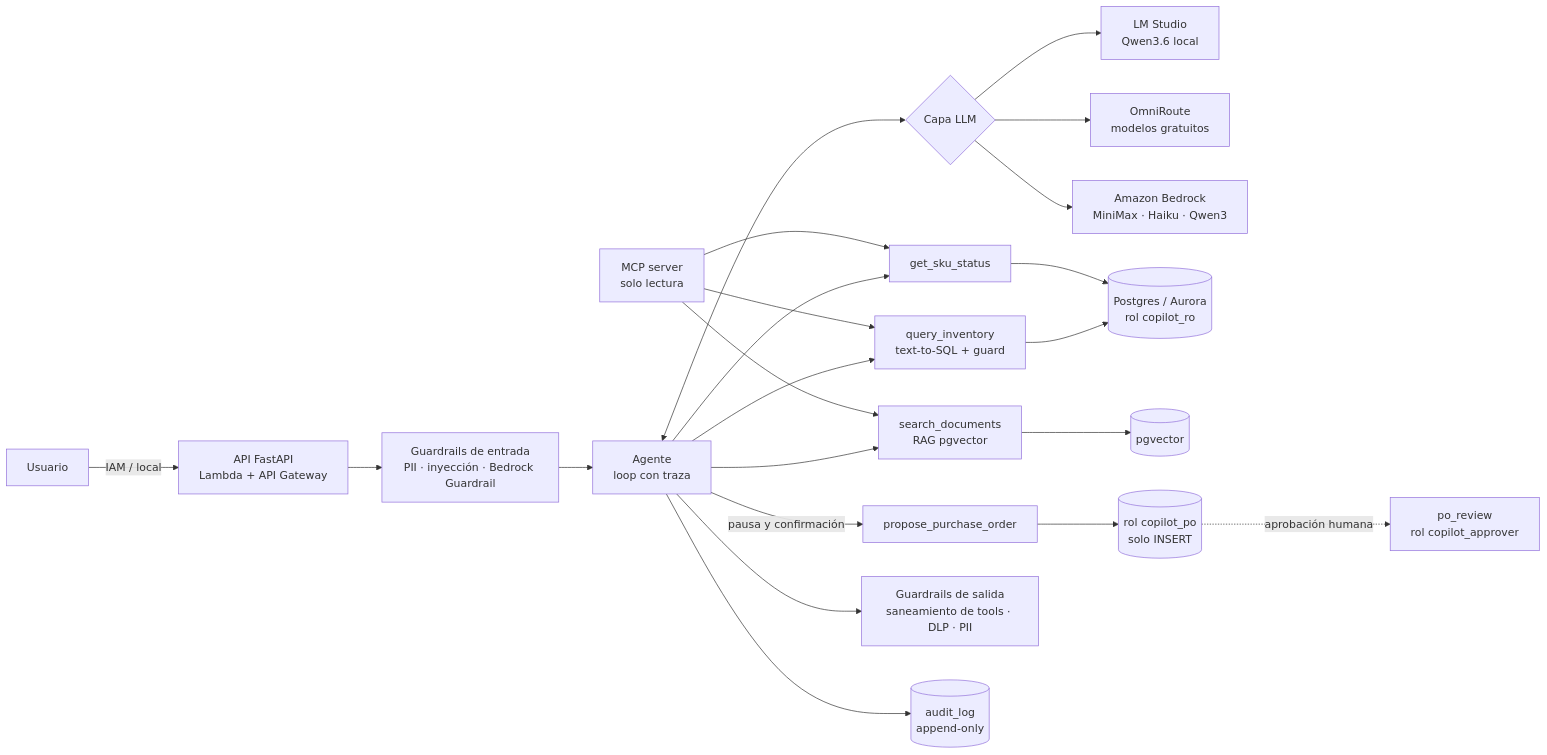
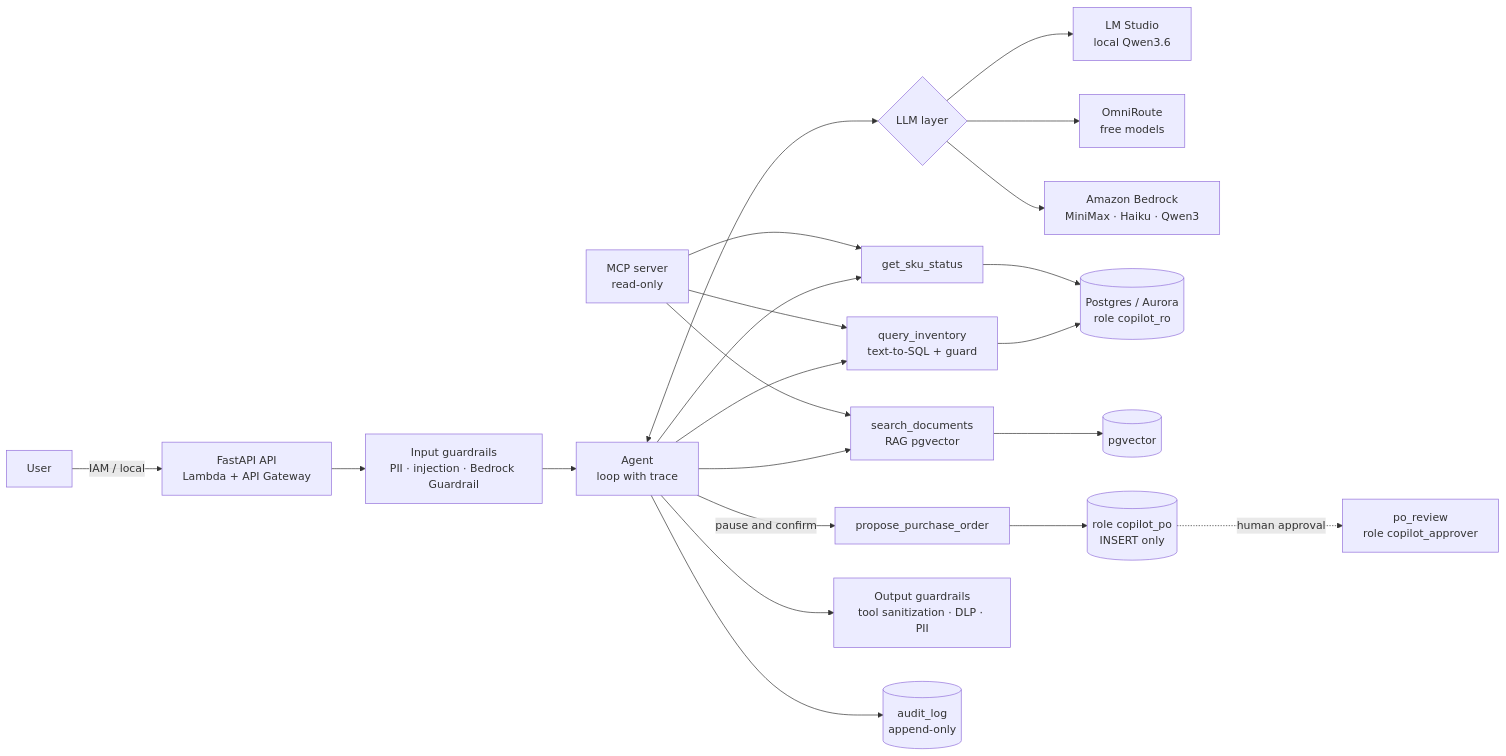
One commit to mcorona/AI-projects-inventory-copilot changed the diagram in README.md. Above: the diagram before and after it, drawn with Mermaid. The commit also changed other lines of this file and 1 other file, not shown here.

````diff
--- a/README.md
+++ b/README.md
@@ -37,21 +40,21 @@
 ```mermaid
 flowchart LR
-    U[Usuario] -->|IAM / local| API[API FastAPI<br/>Lambda + API Gateway]
-    API --> G1[Guardrails de entrada<br/>PII · inyección · Bedrock Guardrail]
-    G1 --> AG[Agente<br/>loop con traza]
-    AG <--> LLM{Capa LLM}
-    LLM --> LMS[LM Studio<br/>Qwen3.6 local]
-    LLM --> OMR[OmniRoute<br/>modelos gratuitos]
+    U[User] -->|IAM / local| API[FastAPI API<br/>Lambda + API Gateway]
+    API --> G1[Input guardrails<br/>PII · injection · Bedrock Guardrail]
+    G1 --> AG[Agent<br/>loop with trace]
+    AG <--> LLM{LLM layer}
+    LLM --> LMS[LM Studio<br/>local Qwen3.6]
+    LLM --> OMR[OmniRoute<br/>free models]
     LLM --> BR[Amazon Bedrock<br/>MiniMax · Haiku · Qwen3]
     AG --> T1[query_inventory<br/>text-to-SQL + guard]
     AG --> T2[get_sku_status]
     AG --> T3[search_documents<br/>RAG pgvector]
-    AG -->|pausa y confirmación| T4[propose_purchase_order]
-    T1 & T2 --> RO[(Postgres / Aurora<br/>rol copilot_ro)]
+    AG -->|pause and confirm| T4[propose_purchase_order]
+    T1 & T2 --> RO[(Postgres / Aurora<br/>role copilot_ro)]
     T3 --> VEC[(pgvector)]
-    T4 --> PO[(rol copilot_po<br/>solo INSERT)]
-    PO -.->|aprobación humana| APR[po_review<br/>rol copilot_approver]
-    AG --> G2[Guardrails de salida<br/>saneamiento de tools · DLP · PII]
+    T4 --> PO[(role copilot_po<br/>INSERT only)]
+    PO -.->|human approval| APR[po_review<br/>role copilot_approver]
+    AG --> G2[Output guardrails<br/>tool sanitization · DLP · PII]
     AG --> AUD[(audit_log<br/>append-only)]
-    MCP[MCP server<br/>solo lectura] --> T1 & T2 & T3
+    MCP[MCP server<br/>read-only] --> T1 & T2 & T3
 ```
````
